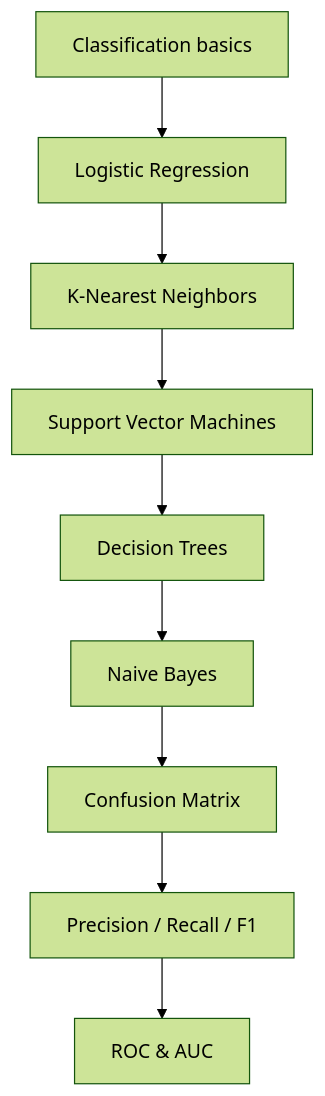
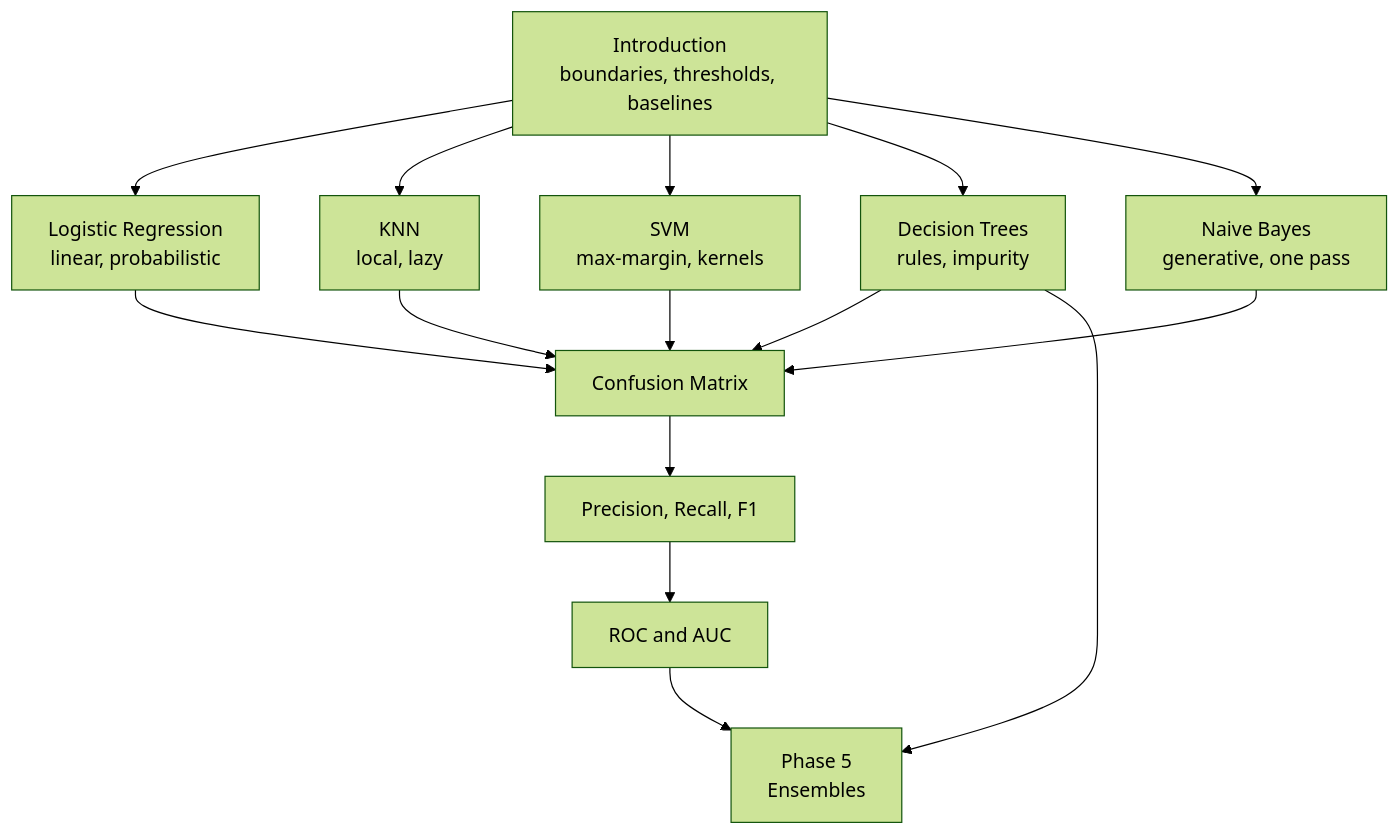
The diagram in src/content/docs/Machine Learning/Phase 04 - Supervised Learning - Classification/Phase 4 - Supervised Learning - Classification.mdx (Ravikisha/PythonCentralHub), drawn with Mermaid (forest theme) before and after one commit. The commit also changed other lines of this file and 1327 other files, not shown here.

````diff
--- a/src/content/docs/Machine Learning/Phase 04 - Supervised Learning - Classification/Phase 4 - Supervised Learning - Classification.mdx
+++ b/src/content/docs/Machine Learning/Phase 04 - Supervised Learning - Classification/Phase 4 - Supervised Learning - Classification.mdx
@@ -37,11 +36,17 @@
 ```mermaid
 flowchart TD
-  A["Classification basics"] --> B["Logistic Regression"]
-  B --> C["K-Nearest Neighbors"]
-  C --> D["Support Vector Machines"]
-  D --> E["Decision Trees"]
-  E --> F["Naive Bayes"]
-  F --> G["Confusion Matrix"]
-  G --> H["Precision / Recall / F1"]
-  H --> I["ROC & AUC"]
+  A["Introduction<br/>boundaries, thresholds, baselines"] --> B["Logistic Regression<br/>linear, probabilistic"]
+  A --> C["KNN<br/>local, lazy"]
+  A --> D["SVM<br/>max-margin, kernels"]
+  A --> E["Decision Trees<br/>rules, impurity"]
+  A --> F["Naive Bayes<br/>generative, one pass"]
+  B --> G["Confusion Matrix"]
+  C --> G
+  D --> G
+  E --> G
+  F --> G
+  G --> H["Precision, Recall, F1"]
+  H --> I["ROC and AUC"]
+  E --> J["Phase 5<br/>Ensembles"]
+  I --> J
 ```
````
